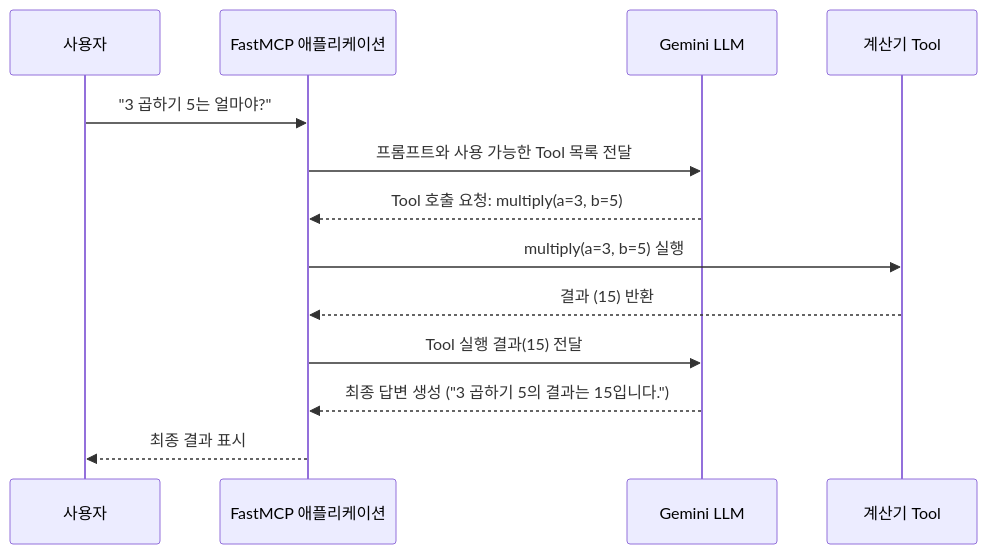
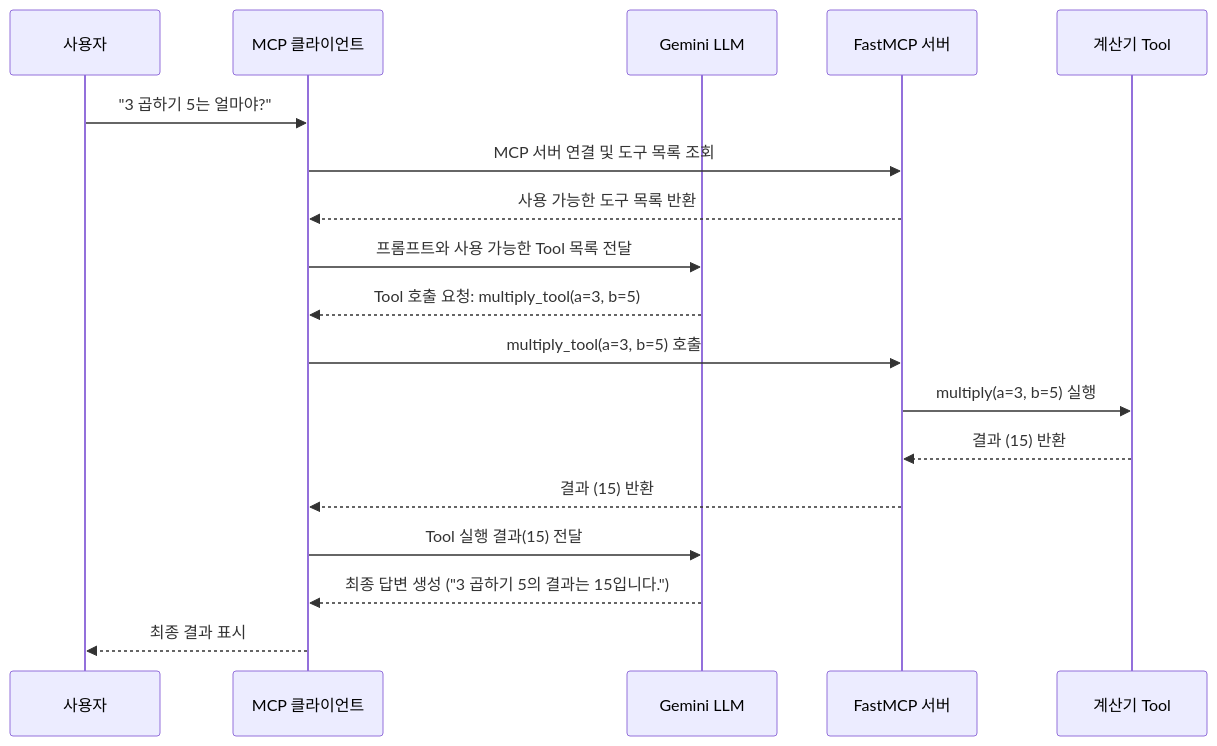
The diagram in _posts/2025-08-29-gemini-llm-tool-calling.md (kk0m4k/kk0m4k.github.io), drawn with Mermaid before and after one commit. The commit also changed other lines of this file and 3 other files, not shown here.

````diff
--- a/_posts/2025-08-29-gemini-llm-tool-calling.md
+++ b/_posts/2025-08-29-gemini-llm-tool-calling.md
@@ -18,16 +18,21 @@
 ```mermaid
 sequenceDiagram
     participant User as 사용자
-    participant App as FastMCP 애플리케이션
+    participant Client as MCP 클라이언트
     participant Gemini as Gemini LLM
+    participant MCPServer as FastMCP 서버
     participant Calculator as 계산기 Tool
 
-    User->>App: "3 곱하기 5는 얼마야?"
-    App->>Gemini: 프롬프트와 사용 가능한 Tool 목록 전달
-    Gemini-->>App: Tool 호출 요청: multiply(a=3, b=5)
-    App->>Calculator: multiply(a=3, b=5) 실행
-    Calculator-->>App: 결과 (15) 반환
-    App->>Gemini: Tool 실행 결과(15) 전달
-    Gemini-->>App: 최종 답변 생성 ("3 곱하기 5의 결과는 15입니다.")
-    App-->>User: 최종 결과 표시
+    User->>Client: "3 곱하기 5는 얼마야?"
+    Client->>MCPServer: MCP 서버 연결 및 도구 목록 조회
+    MCPServer-->>Client: 사용 가능한 도구 목록 반환
+    Client->>Gemini: 프롬프트와 사용 가능한 Tool 목록 전달
+    Gemini-->>Client: Tool 호출 요청: multiply_tool(a=3, b=5)
+    Client->>MCPServer: multiply_tool(a=3, b=5) 호출
+    MCPServer->>Calculator: multiply(a=3, b=5) 실행
+    Calculator-->>MCPServer: 결과 (15) 반환
+    MCPServer-->>Client: 결과 (15) 반환
+    Client->>Gemini: Tool 실행 결과(15) 전달
+    Gemini-->>Client: 최종 답변 생성 ("3 곱하기 5의 결과는 15입니다.")
+    Client-->>User: 최종 결과 표시
 ```
````
